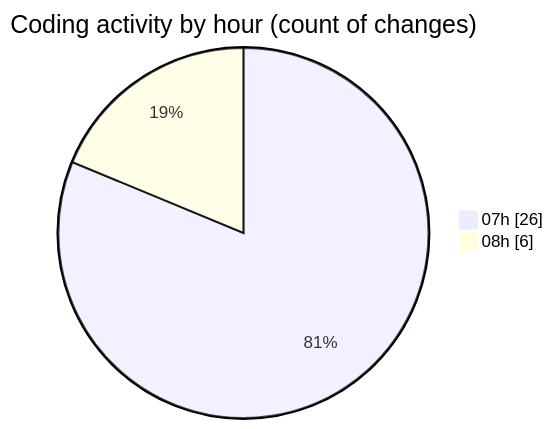
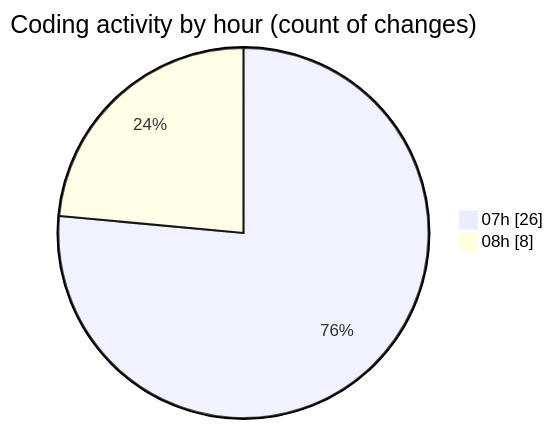
Before and after one commit to vahidmafi/code-tracking: the second of 2 diagrams in 2025-10-04/shop/README.md, drawn with Mermaid. The commit also changed other lines of this file and 1 other file, not shown here.

````diff
--- a/2025-10-04/shop/README.md
+++ b/2025-10-04/shop/README.md
@@ -32,6 +34,6 @@
 ```mermaid
 pie showData
 title Coding activity by hour (count of changes)
 "07h" : 26
-"08h" : 6
+"08h" : 8
 ```
````
